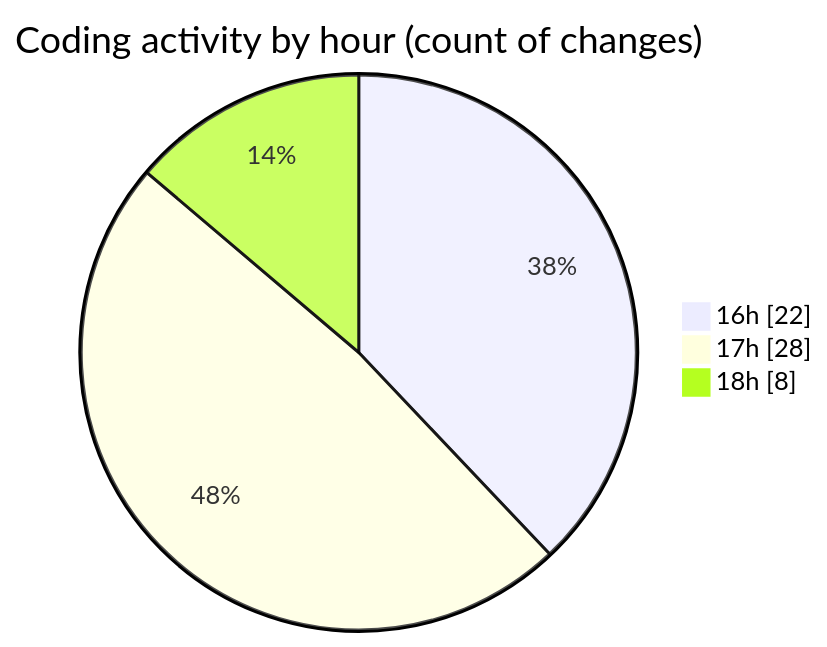
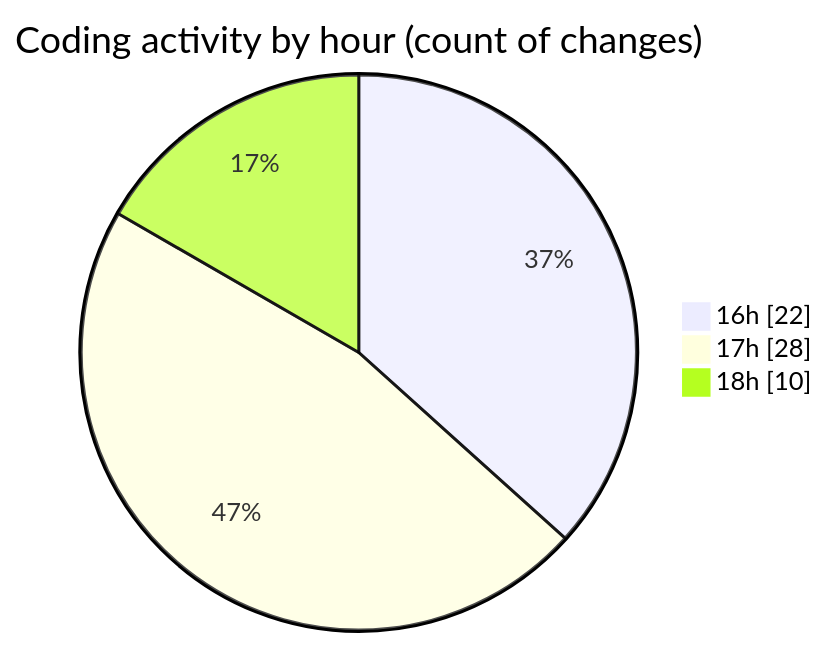
One commit to becaeroporto-bot/code-tracking changed the second of 2 diagrams in 2026-02-17/bot_v1_2/README.md. Above: the diagram before and after it, drawn with Mermaid. The commit also changed other lines of this file and 1 other file, not shown here.

````diff
--- a/2026-02-17/bot_v1_2/README.md
+++ b/2026-02-17/bot_v1_2/README.md
@@ -49,7 +49,7 @@
 ```mermaid
 pie showData
 title Coding activity by hour (count of changes)
 "16h" : 22
 "17h" : 28
-"18h" : 8
+"18h" : 10
 ```
````
